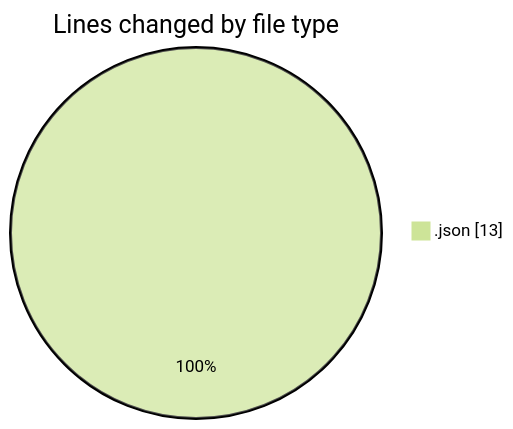
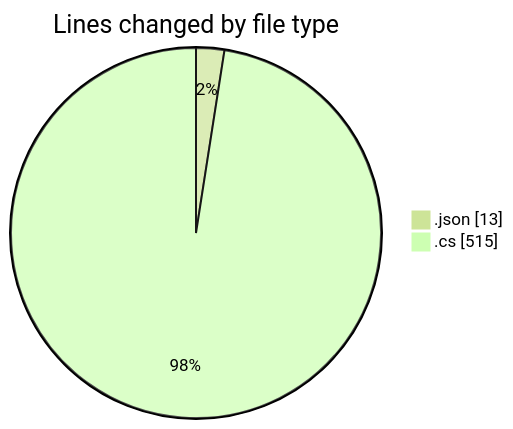
Before and after one commit to lephambinh05/code-tracking: the first of 2 diagrams in 2025-07-23/cnpm_th_ba/README.md, drawn with Mermaid (forest theme). The commit also changed other lines of this file and 1 other file, not shown here.

````diff
--- a/2025-07-23/cnpm_th_ba/README.md
+++ b/2025-07-23/cnpm_th_ba/README.md
@@ -20,5 +21,6 @@
 ```mermaid
 pie showData
 title Lines changed by file type
 ".json" : 13
+".cs" : 515
 ```
````
